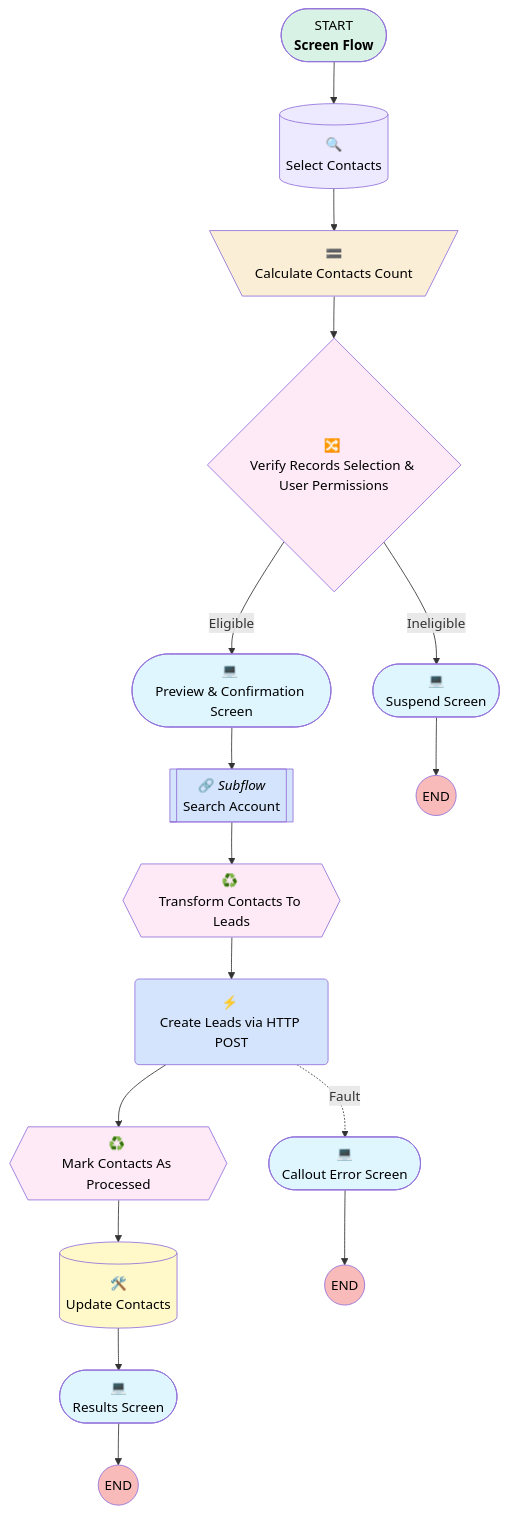
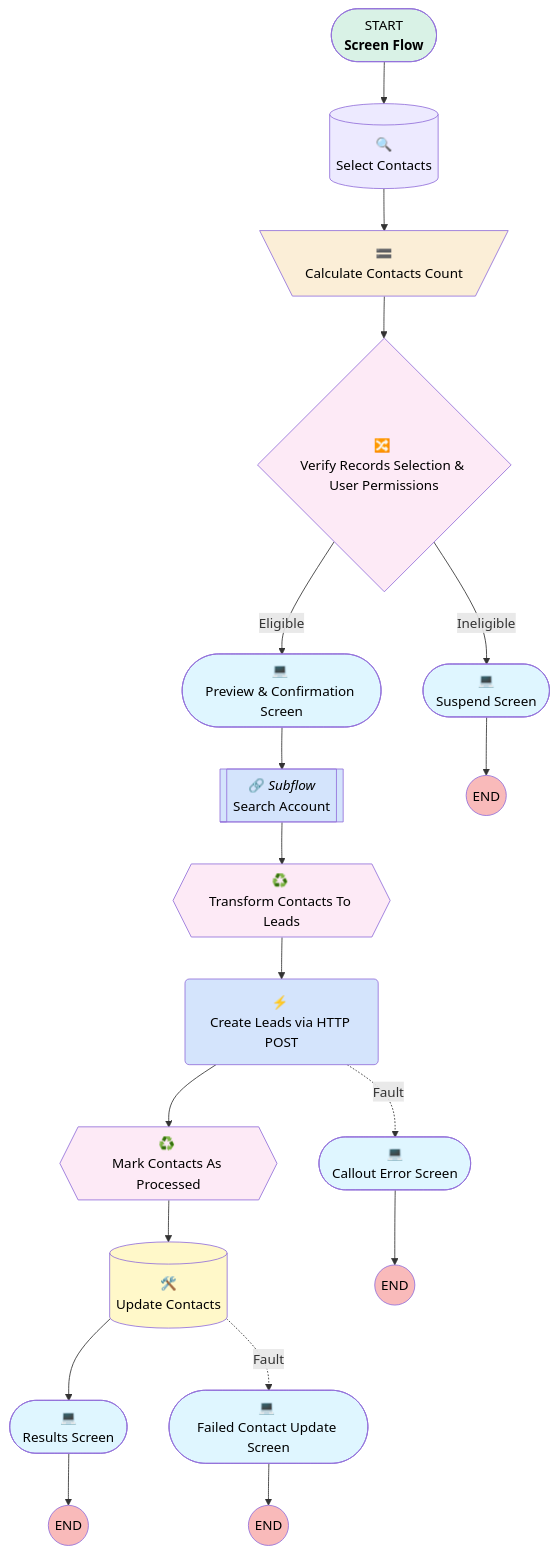
One commit to awesomeandrey/minlopro-dx changed the diagram in assets/docs/hardis/flow2markdown/flows/Minlopro_CastContactsToLeads_Bulk.md. Above: the diagram before and after it, drawn with Mermaid. The commit also changed other lines of this file and 1 other file, not shown here.

Commit message:
Automation: Generated Flows Docs 📑

```diff
--- a/assets/docs/hardis/flow2markdown/flows/Minlopro_CastContactsToLeads_Bulk.md
+++ b/assets/docs/hardis/flow2markdown/flows/Minlopro_CastContactsToLeads_Bulk.md
@@ -11,7 +11,7 @@
 
 flowchart TB
 START(["START<br/><b>Screen Flow</b>"]):::startClass
-click START "#general-information" "238832179"
+click START "#general-information" "2220808193"
 
 Create_Leads_via_HTTP_POST("⚡ <em></em><br/>Create Leads via HTTP POST"):::actionCalls
 click Create_Leads_via_HTTP_POST "#create_leads_via_http_post" "187876858"
@@ -26,10 +26,13 @@
 click Select_Contacts "#select_contacts" "351118762"
 
 Update_Contacts[("🛠️ <em></em><br/>Update Contacts")]:::recordUpdates
-click Update_Contacts "#update_contacts" "3757321760"
+click Update_Contacts "#update_contacts" "1805384428"
 
 Callout_Error_Screen(["💻 <em></em><br/>Callout Error Screen"]):::screens
 click Callout_Error_Screen "#callout_error_screen" "2931229614"
+
+Failed_Contact_Update_Screen(["💻 <em></em><br/>Failed Contact Update Screen"]):::screens
+click Failed_Contact_Update_Screen "#failed_contact_update_screen" "1820395957"
 
 PreviewAndConfirmationScreen(["💻 <em></em><br/>Preview & Confirmation Screen"]):::screens
 click PreviewAndConfirmationScreen "#previewandconfirmationscreen" "2016774427"
@@ -56,7 +59,9 @@
 Verify_Records_Selection_And_User_Permissions --> |"Eligible"| PreviewAndConfirmationScreen
 Select_Contacts --> Calculate_Contacts_Count
 Update_Contacts --> Results_Screen
+Update_Contacts -. Fault .->Failed_Contact_Update_Screen
 Callout_Error_Screen --> END_Callout_Error_Screen
+Failed_Contact_Update_Screen --> END_Failed_Contact_Update_Screen
 PreviewAndConfirmationScreen --> Search_Account
 Results_Screen --> END_Results_Screen
 Suspend_Screen --> END_Suspend_Screen
@@ -65,6 +70,7 @@
 Mark_Contacts_As_Processed --> Update_Contacts
 Transform_Contacts_To_Leads --> Create_Leads_via_HTTP_POST
 END_Callout_Error_Screen(( END )):::endClass
+END_Failed_Contact_Update_Screen(( END )):::endClass
 END_Results_Screen(( END )):::endClass
 END_Suspend_Screen(( END )):::endClass
 
```
